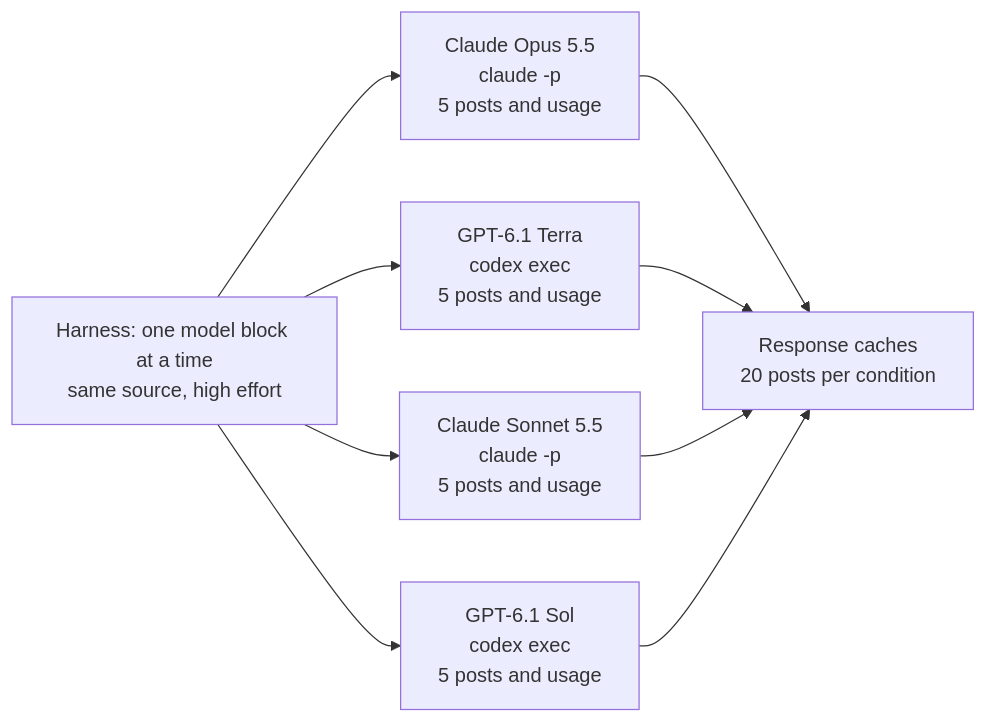
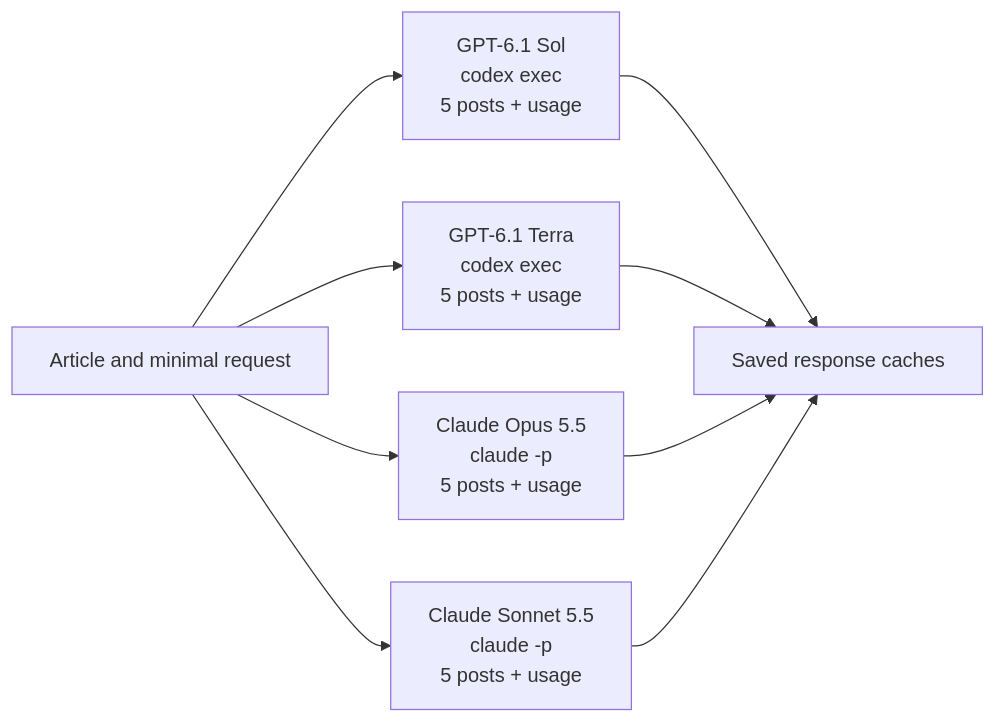
Before and after one commit to k-sandhu/experiment-notebooks: the second of 3 diagrams in notebooks/40-linkedin-writing-habits/README.md, drawn with Mermaid. The commit also changed other lines of this file and 1239 other files, not shown here.

````diff
--- a/notebooks/40-linkedin-writing-habits/README.md
+++ b/notebooks/40-linkedin-writing-habits/README.md
@@ -96,11 +115,11 @@
 ```mermaid
 flowchart LR
-    H["Harness: one model block at a time<br/>same source, high effort"] --> O["Claude Opus 5.5<br/>claude -p<br/>5 posts and usage"]
-    H --> T["GPT-6.1 Terra<br/>codex exec<br/>5 posts and usage"]
-    H --> S["Claude Sonnet 5.5<br/>claude -p<br/>5 posts and usage"]
-    H --> G["GPT-6.1 Sol<br/>codex exec<br/>5 posts and usage"]
-    O --> C["Response caches<br/>20 posts per condition"]
+    A["Article and minimal request"] --> S["GPT-6.1 Sol<br/>codex exec<br/>5 posts + usage"]
+    A --> T["GPT-6.1 Terra<br/>codex exec<br/>5 posts + usage"]
+    A --> O["Claude Opus 5.5<br/>claude -p<br/>5 posts + usage"]
+    A --> N["Claude Sonnet 5.5<br/>claude -p<br/>5 posts + usage"]
+    S --> C["Saved response caches"]
     T --> C
-    S --> C
-    G --> C
+    O --> C
+    N --> C
 ```
````
